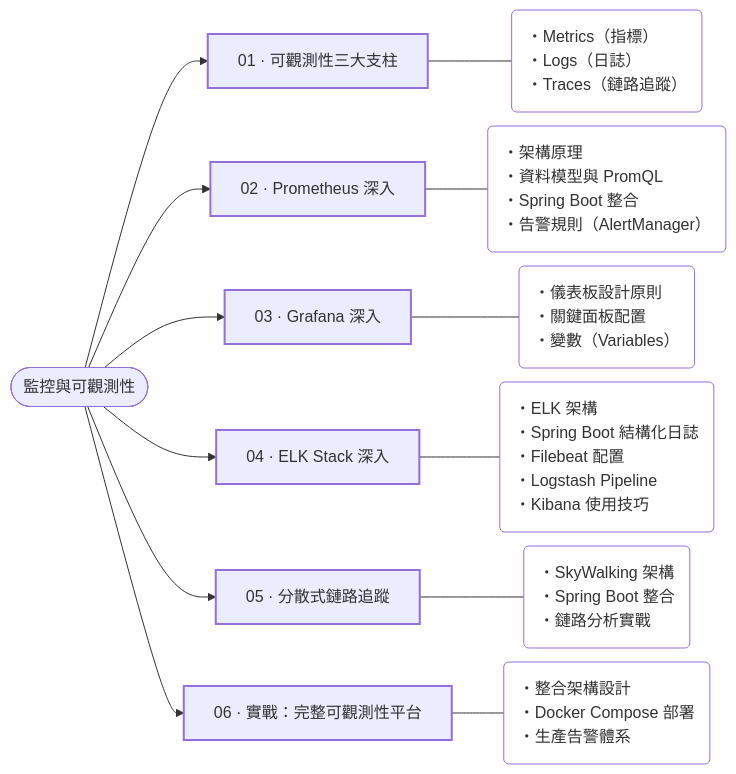
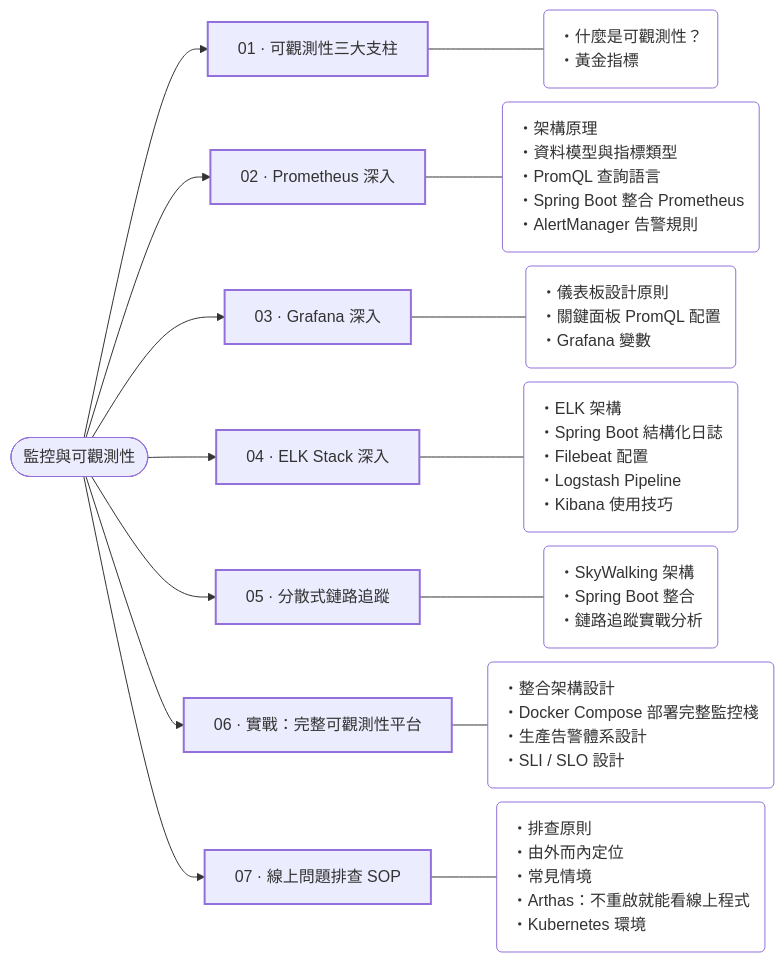
The diagram in docs/engineering/monitoring/index.md (AnthonyFuFu/StudyNotes), drawn with Mermaid before and after one commit. The commit also changed other lines of this file and 93 other files, not shown here.

````diff
--- a/docs/engineering/monitoring/index.md
+++ b/docs/engineering/monitoring/index.md
@@ -13,33 +13,37 @@
 ``` mermaid
 %%{init: {"flowchart": {"nodeSpacing": 14, "rankSpacing": 36, "wrappingWidth": 420}}}%%
 flowchart LR
     R(["監控與可觀測性"])
     c0["01 · 可觀測性三大支柱"]
     R --> c0
-    p0("・Metrics（指標）<br>・Logs（日誌）<br>・Traces（鏈路追蹤）")
+    p0("・什麼是可觀測性？<br>・黃金指標")
     c0 --- p0
     c1["02 · Prometheus 深入"]
     R --> c1
-    p1("・架構原理<br>・資料模型與 PromQL<br>・Spring Boot 整合<br>・告警規則（AlertManager）")
+    p1("・架構原理<br>・資料模型與指標類型<br>・PromQL 查詢語言<br>・Spring Boot 整合 Prometheus<br>・AlertManager 告警規則")
     c1 --- p1
     c2["03 · Grafana 深入"]
     R --> c2
-    p2("・儀表板設計原則<br>・關鍵面板配置<br>・變數（Variables）")
+    p2("・儀表板設計原則<br>・關鍵面板 PromQL 配置<br>・Grafana 變數")
     c2 --- p2
     c3["04 · ELK Stack 深入"]
     R --> c3
     p3("・ELK 架構<br>・Spring Boot 結構化日誌<br>・Filebeat 配置<br>・Logstash Pipeline<br>・Kibana 使用技巧")
     c3 --- p3
     c4["05 · 分散式鏈路追蹤"]
     R --> c4
-    p4("・SkyWalking 架構<br>・Spring Boot 整合<br>・鏈路分析實戰")
+    p4("・SkyWalking 架構<br>・Spring Boot 整合<br>・鏈路追蹤實戰分析")
     c4 --- p4
     c5["06 · 實戰：完整可觀測性平台"]
     R --> c5
-    p5("・整合架構設計<br>・Docker Compose 部署<br>・生產告警體系")
+    p5("・整合架構設計<br>・Docker Compose 部署完整監控棧<br>・生產告警體系設計<br>・SLI / SLO 設計")
     c5 --- p5
+    c6["07 · 線上問題排查 SOP"]
+    R --> c6
+    p6("・排查原則<br>・由外而內定位<br>・常見情境<br>・Arthas：不重啟就能看線上程式<br>・Kubernetes 環境")
+    c6 --- p6
     classDef chapter stroke-width:2px
     classDef points fill:transparent,text-align:left
-    class c0,c1,c2,c3,c4,c5 chapter
-    class p0,p1,p2,p3,p4,p5 points
+    class c0,c1,c2,c3,c4,c5,c6 chapter
+    class p0,p1,p2,p3,p4,p5,p6 points
 ```
````
